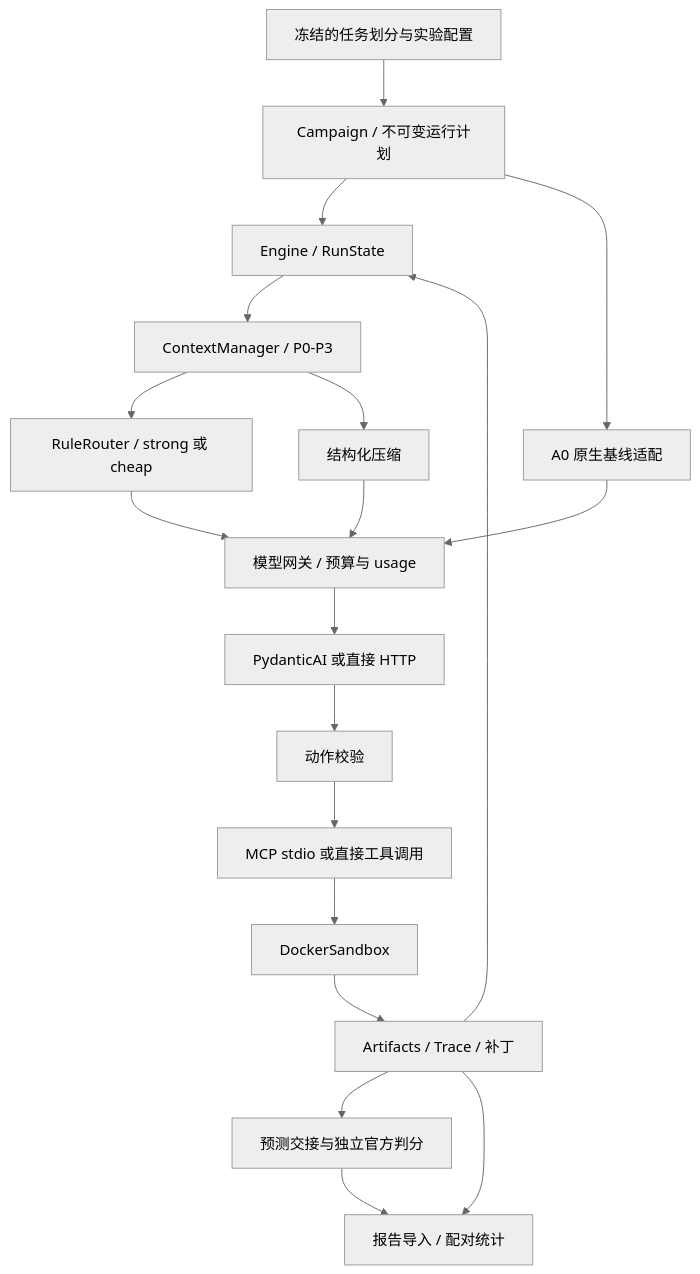
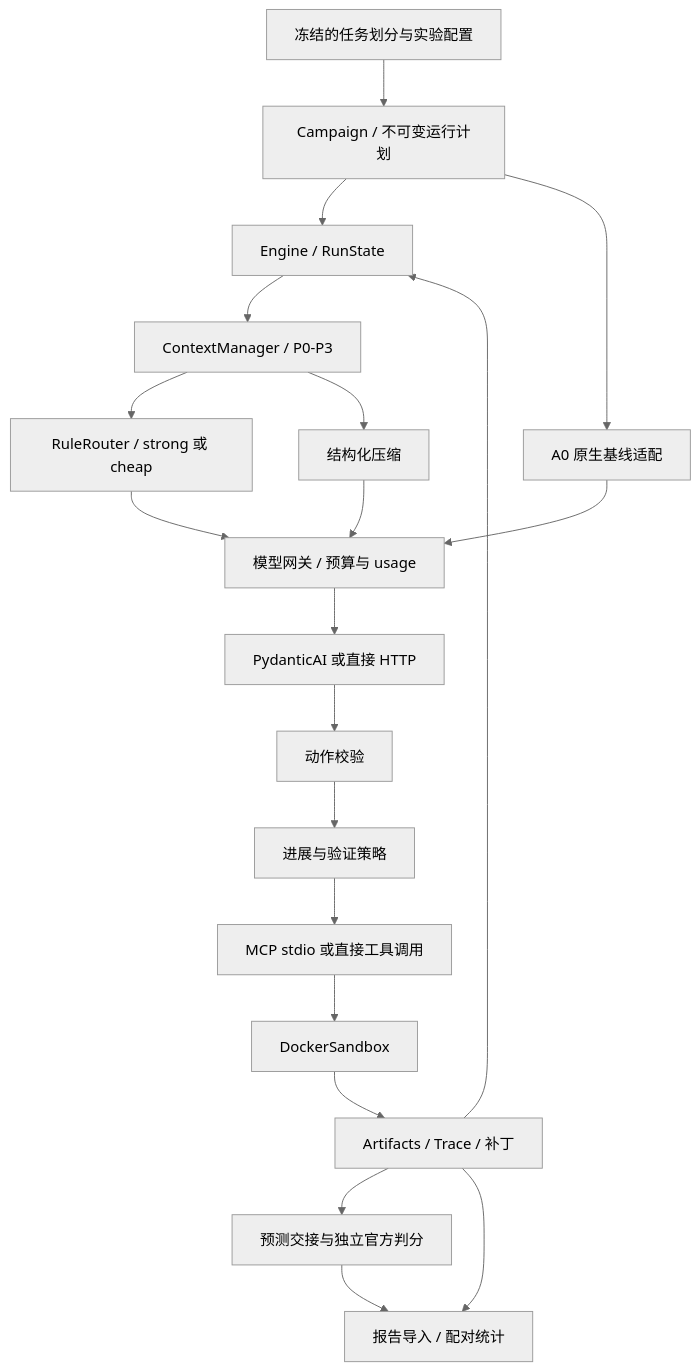
One commit to wuzhao321/ctxroute changed the diagram in docs/ARCHITECTURE.md. Above: the diagram before and after it, drawn with Mermaid (neutral theme). The commit also changed other lines of this file and 68 other files, not shown here.

````diff
--- a/docs/ARCHITECTURE.md
+++ b/docs/ARCHITECTURE.md
@@ -5,21 +5,22 @@
 ```mermaid
 flowchart TD
     A[冻结的任务划分与实验配置] --> B[Campaign / 不可变运行计划]
     B --> C[Engine / RunState]
     B --> N[A0 原生基线适配]
     C --> D[ContextManager / P0-P3]
     D --> E[RuleRouter / strong 或 cheap]
     E --> F[模型网关 / 预算与 usage]
     N --> F
     F --> G[PydanticAI 或直接 HTTP]
     G --> H[动作校验]
-    H --> I[MCP stdio 或直接工具调用]
+    H --> P[进展与验证策略]
+    P --> I[MCP stdio 或直接工具调用]
     I --> J[DockerSandbox]
     J --> K[Artifacts / Trace / 补丁]
     K --> C
     D --> L[结构化压缩]
     L --> F
     K --> M[预测交接与独立官方判分]
     M --> O[报告导入 / 配对统计]
     K --> O
 ```
````
